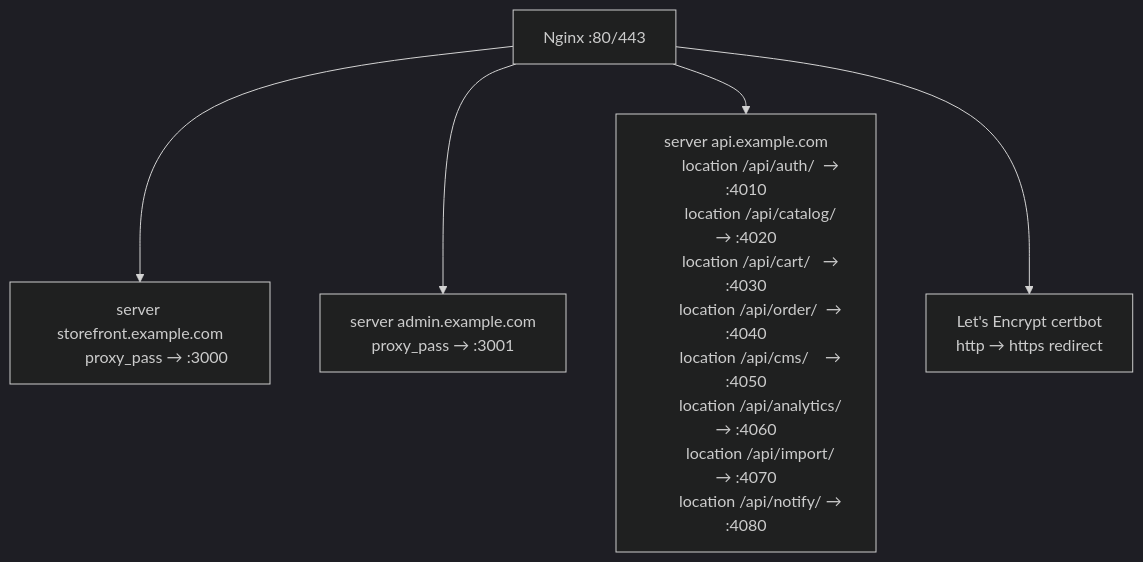
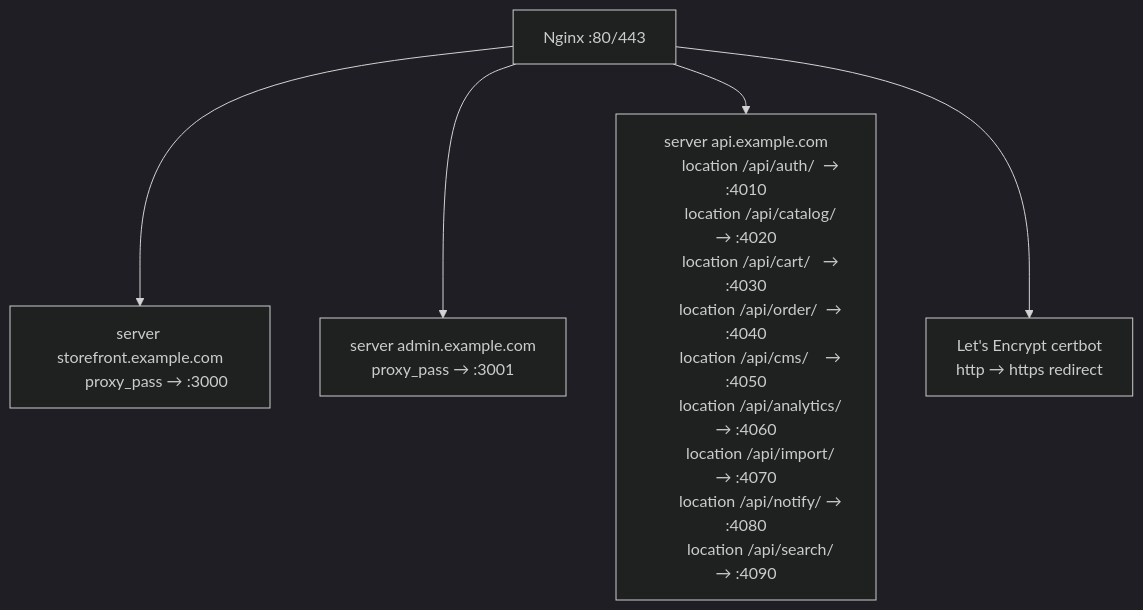
One commit to E-Commerce-BDA/Documentation changed the third of 9 diagrams in 1.Architecture.md. Above: the diagram before and after it, drawn with Mermaid (dark theme). The commit also changed other lines of this file and 5 other files, not shown here.

````diff
--- a/1.Architecture.md
+++ b/1.Architecture.md
@@ -463,19 +492,20 @@
 ```mermaid
 flowchart TB
     NGINX["Nginx :80/443"]
     NGINX --> SFB["server storefront.example.com
         proxy_pass → :3000"]
     NGINX --> ADB["server admin.example.com
         proxy_pass → :3001"]
     NGINX --> APB["server api.example.com
         location /api/auth/  → :4010
         location /api/catalog/ → :4020
         location /api/cart/   → :4030
         location /api/order/  → :4040
         location /api/cms/    → :4050
         location /api/analytics/ → :4060
         location /api/import/ → :4070
-        location /api/notify/ → :4080"]
+        location /api/notify/ → :4080
+        location /api/search/ → :4090"]
     NGINX --> TLS["Let's Encrypt certbot
         http → https redirect"]
 ```
````
